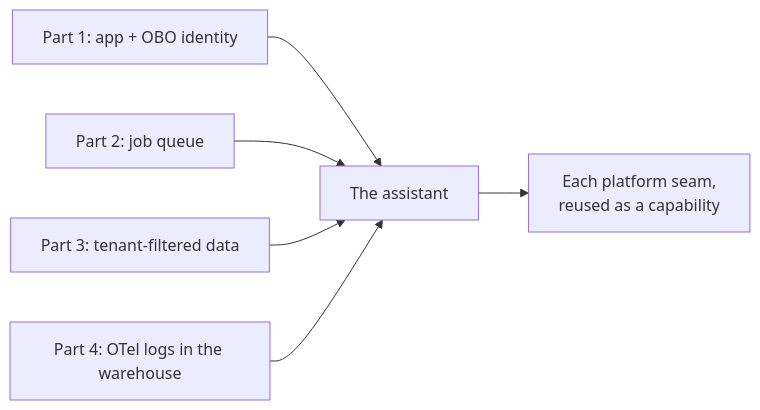
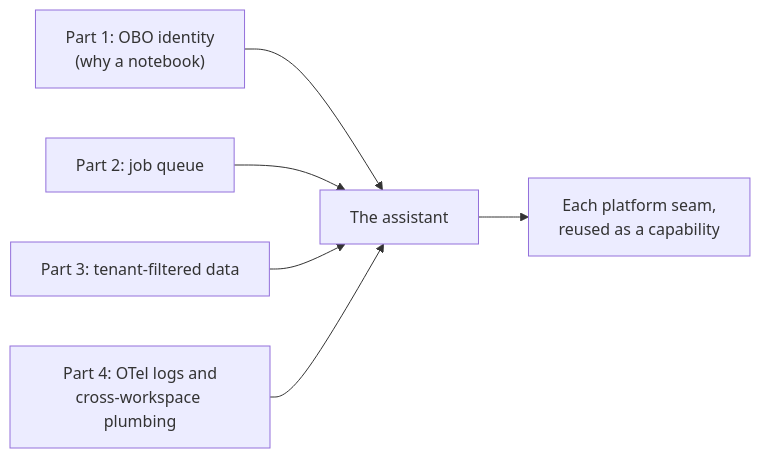
Diagram 11 of 11 in src/content/blog/an-assistant-on-top-of-the-platform.md (MihirUpasani/MihirUpasani.github.io), drawn with Mermaid before and after one commit. The commit also changed other lines of this file and 2 other files, not shown here.

Commit message:
Revise series part 5 and show an updated date on revised posts

````diff
--- a/src/content/blog/an-assistant-on-top-of-the-platform.md
+++ b/src/content/blog/an-assistant-on-top-of-the-platform.md
@@ -271,8 +469,8 @@
 ```mermaid
 flowchart LR
-    A1["Part 1: app + OBO identity"] --> Asst["The assistant"]
+    A1["Part 1: OBO identity<br/>(why a notebook)"] --> Asst["The assistant"]
     A2["Part 2: job queue"] --> Asst
     A3["Part 3: tenant-filtered data"] --> Asst
-    A4["Part 4: OTel logs in the warehouse"] --> Asst
+    A4["Part 4: OTel logs and<br/>cross-workspace plumbing"] --> Asst
     Asst --> Payoff["Each platform seam,<br/>reused as a capability"]
 ```
````
